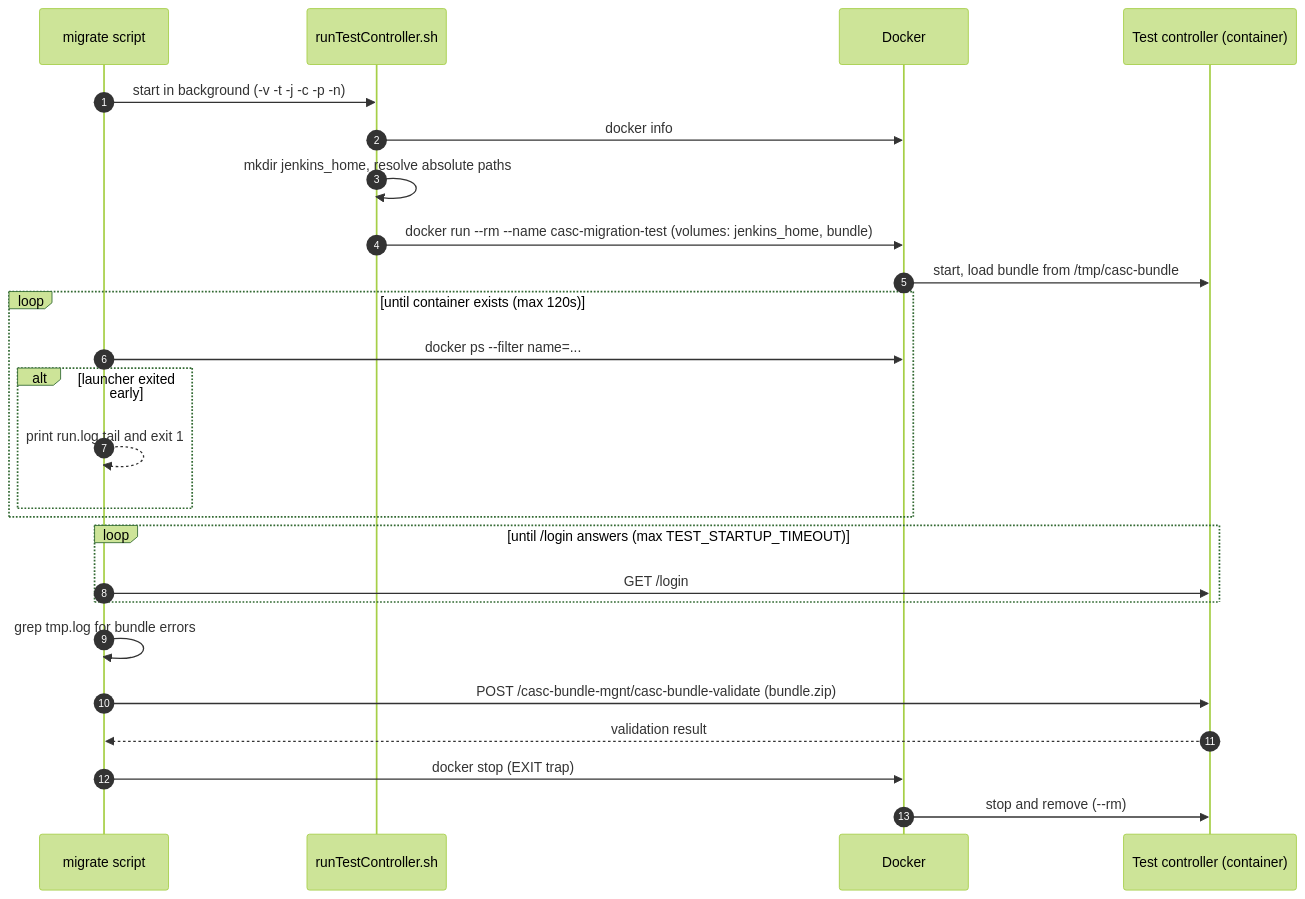
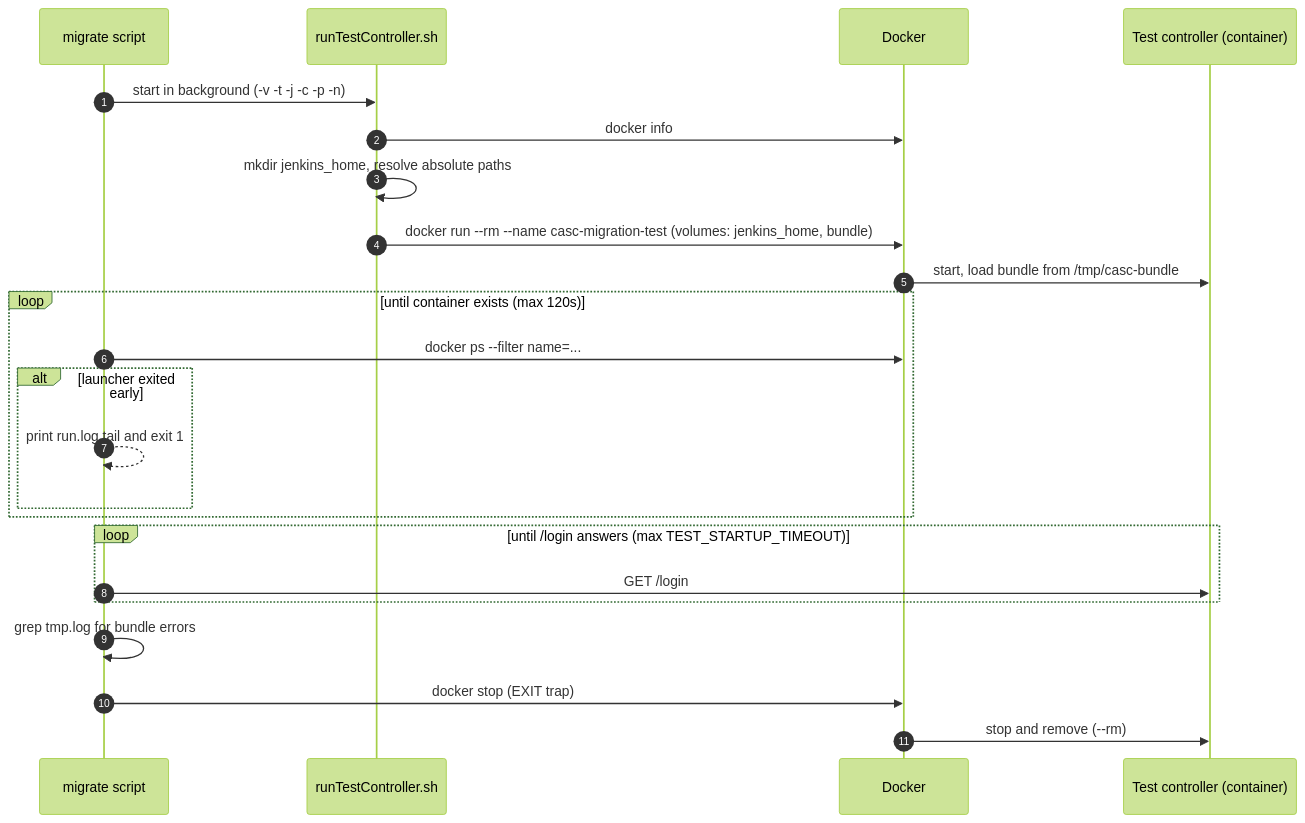
One commit to cb-ci/ci-gateway-api changed the second of 3 diagrams in scripts/casc/MIGRATION_JCASC.md. Above: the diagram before and after it, drawn with Mermaid (forest theme). The commit also changed other lines of this file and 2 other files, not shown here.

````diff
--- a/scripts/casc/MIGRATION_JCASC.md
+++ b/scripts/casc/MIGRATION_JCASC.md
@@ -133,28 +128,26 @@
 ```mermaid
 sequenceDiagram
     autonumber
     participant M as migrate script
     participant R as runTestController.sh
     participant D as Docker
     participant C as Test controller (container)
 
     M->>R: start in background (-v -t -j -c -p -n)
     R->>D: docker info
     R->>R: mkdir jenkins_home, resolve absolute paths
     R->>D: docker run --rm --name casc-migration-test (volumes: jenkins_home, bundle)
     D->>C: start, load bundle from /tmp/casc-bundle
     loop until container exists (max 120s)
         M->>D: docker ps --filter name=...
         alt launcher exited early
             M-->>M: print run.log tail and exit 1
         end
     end
     loop until /login answers (max TEST_STARTUP_TIMEOUT)
         M->>C: GET /login
     end
     M->>M: grep tmp.log for bundle errors
-    M->>C: POST /casc-bundle-mgnt/casc-bundle-validate (bundle.zip)
-    C-->>M: validation result
     M->>D: docker stop (EXIT trap)
     D->>C: stop and remove (--rm)
 ```
````
